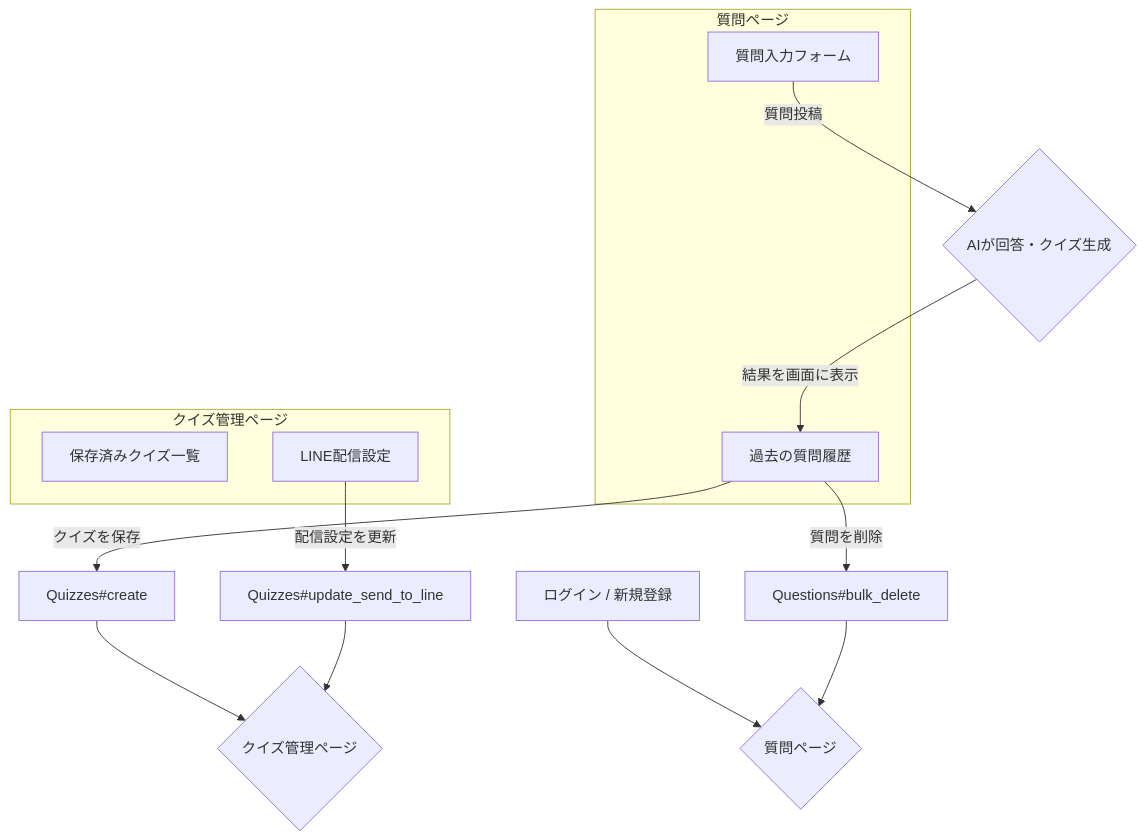
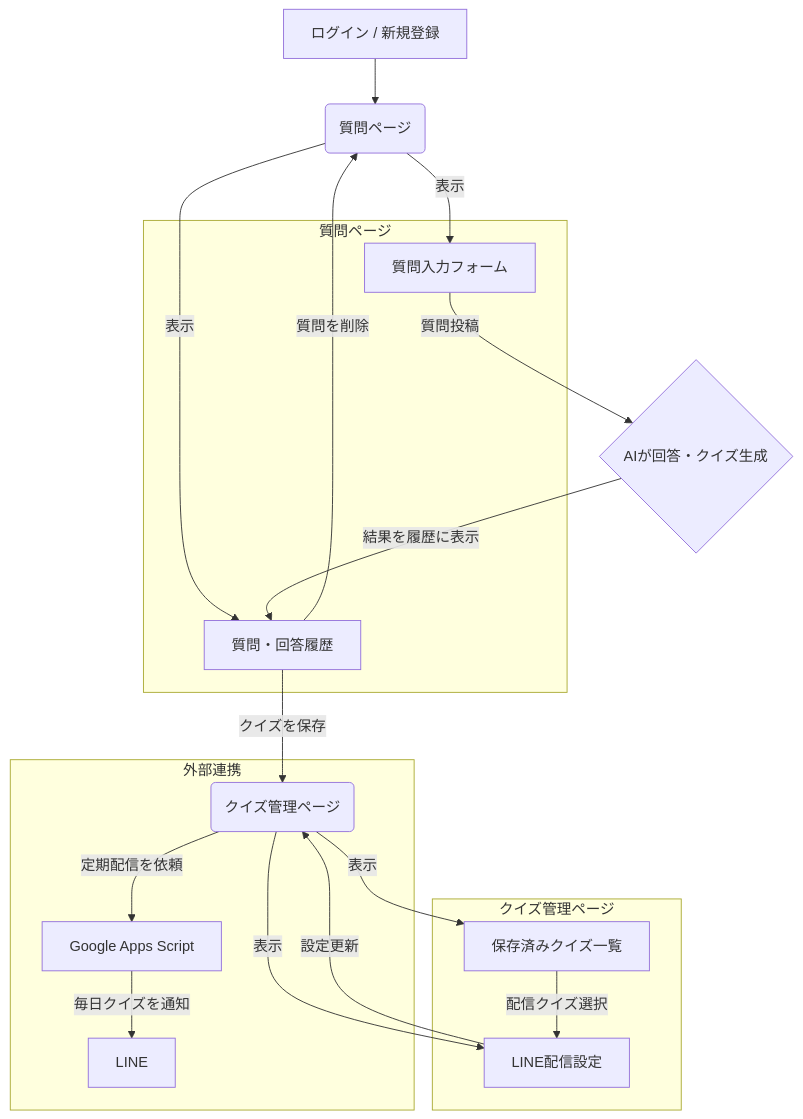
Before and after one commit to test-master3/quiz-study: the second of 2 diagrams in README.md, drawn with Mermaid. The commit also changed other lines of this file, not shown here.

````diff
--- a/README.md
+++ b/README.md
@@ -218,26 +255,34 @@
 ```mermaid
 graph TD
-    A[ログイン / 新規登録] --> B{質問ページ}
+    A["ログイン / 新規登録"] --> B("質問ページ");
 
     subgraph "質問ページ"
-        B_S[質問入力フォーム]
-        B_L[過去の質問履歴]
+        B1["質問入力フォーム"];
+        B2["質問・回答履歴"];
     end
 
-    B_S -- 質問投稿 --> C{AIが回答・クイズ生成};
-    C -- 結果を画面に表示 --> B_L;
+    B -- "表示" --> B1;
+    B -- "表示" --> B2;
 
-    B_L -- クイズを保存 --> D[Quizzes#create];
-    D --> E{クイズ管理ページ};
+    B1 -- "質問投稿" --> C{"AIが回答・クイズ生成"};
+    C -- "結果を履歴に表示" --> B2;
 
-    B_L -- 質問を削除 --> F[Questions#bulk_delete];
-    F --> B;
+    B2 -- "クイズを保存" --> D("クイズ管理ページ");
+    B2 -- "質問を削除" --> B;
 
     subgraph "クイズ管理ページ"
-        E_L[保存済みクイズ一覧]
-        E_A[LINE配信設定]
+        D1["保存済みクイズ一覧"];
+        D2["LINE配信設定"];
     end
 
-    E_A -- 配信設定を更新 --> G[Quizzes#update_send_to_line]
-    G --> E
+    D -- "表示" --> D1;
+    D -- "表示" --> D2;
+
+    D1 -- "配信クイズ選択" --> D2;
+    D2 -- "設定更新" --> D;
+
+    subgraph "外部連携"
+        D -- "定期配信を依頼" --> E["Google Apps Script"];
+        E -- "毎日クイズを通知" --> F["LINE"];
+    end
 ```
````
